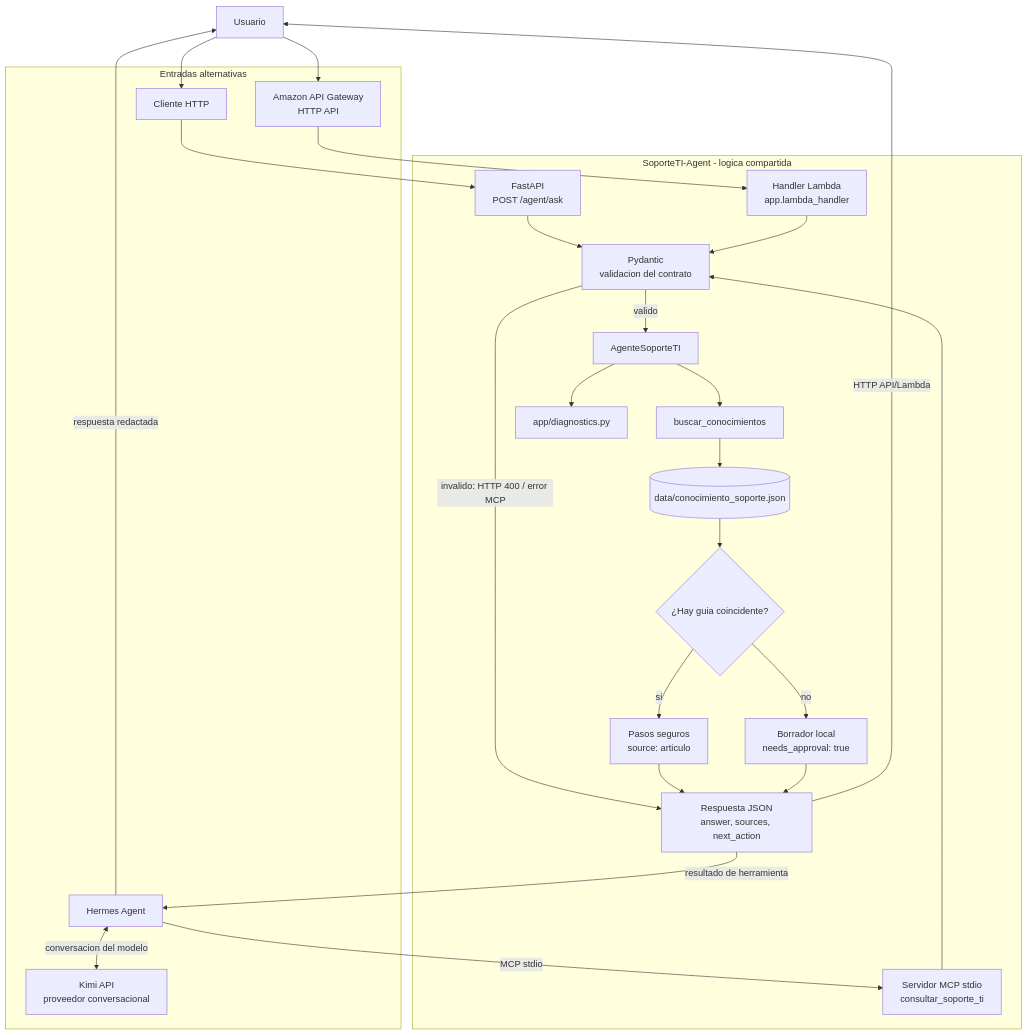
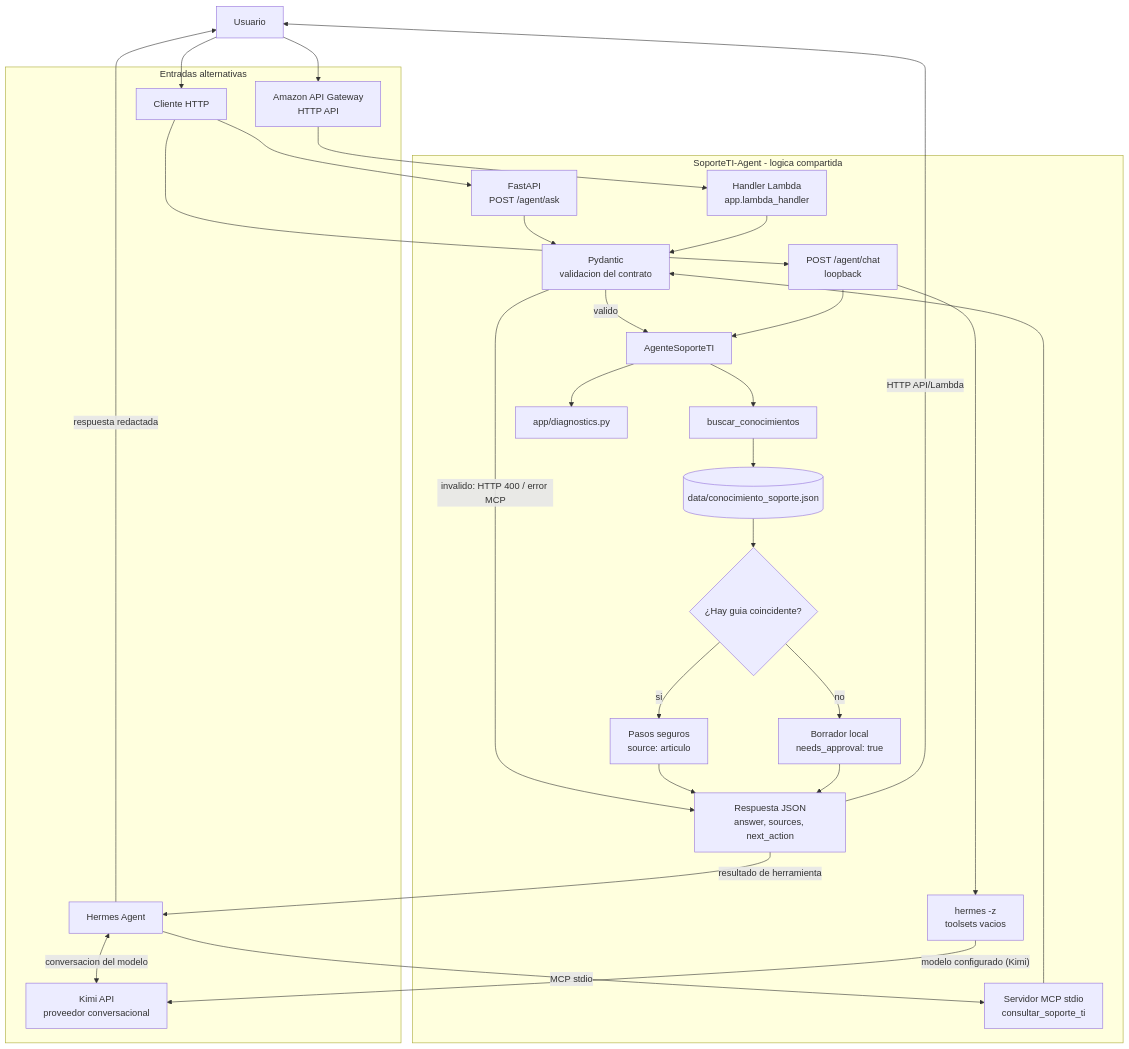
The diagram in docs/arquitectura.md (Edinson99/SoporteTI-Agent), drawn with Mermaid before and after one commit. The commit also changed other lines of this file and 10 other files, not shown here.

Commit message:
INTEGRACION CON HERMES Y KIMI

````diff
--- a/docs/arquitectura.md
+++ b/docs/arquitectura.md
@@ -23,47 +24,53 @@
 ```mermaid
 flowchart TB
     U[Usuario]
     subgraph Entrada["Entradas alternativas"]
         HTTP["Cliente HTTP"]
         GATEWAY["Amazon API Gateway<br/>HTTP API"]
         HERMES["Hermes Agent"]
         KIMI["Kimi API<br/>proveedor conversacional"]
     end
     subgraph Servicio["SoporteTI-Agent - logica compartida"]
         API["FastAPI<br/>POST /agent/ask"]
+        CHAT["POST /agent/chat<br/>loopback"]
+        BRIDGE["hermes -z<br/>toolsets vacios"]
         LAMBDA["Handler Lambda<br/>app.lambda_handler"]
         MCP["Servidor MCP stdio<br/>consultar_soporte_ti"]
         VALID["Pydantic<br/>validacion del contrato"]
         AGENT["AgenteSoporteTI"]
         SEARCH["buscar_conocimientos"]
         DIAG["app/diagnostics.py"]
         DECISION{"¿Hay guia coincidente?"}
         KB[("data/conocimiento_soporte.json")]
         ANSWER["Pasos seguros<br/>source: articulo"]
         DRAFT["Borrador local<br/>needs_approval: true"]
         RESP["Respuesta JSON<br/>answer, sources, next_action"]
     end
 
     U --> HTTP
     U --> GATEWAY
     HTTP --> API
+    HTTP --> CHAT
     GATEWAY --> LAMBDA
     HERMES <-->|"conversacion del modelo"| KIMI
     HERMES -->|"MCP stdio"| MCP
     API --> VALID
     LAMBDA --> VALID
     MCP --> VALID
     VALID -->|"invalido: HTTP 400 / error MCP"| RESP
     VALID -->|"valido"| AGENT
     AGENT --> SEARCH
     AGENT --> DIAG
+    CHAT --> AGENT
+    CHAT --> BRIDGE
+    BRIDGE -->|"modelo configurado (Kimi)"| KIMI
     SEARCH --> KB
     KB --> DECISION
     DECISION -->|"si"| ANSWER
     DECISION -->|"no"| DRAFT
     ANSWER --> RESP
     DRAFT --> RESP
     RESP -->|"HTTP API/Lambda"| U
     RESP -->|"resultado de herramienta"| HERMES
     HERMES -->|"respuesta redactada"| U
 ```
````
